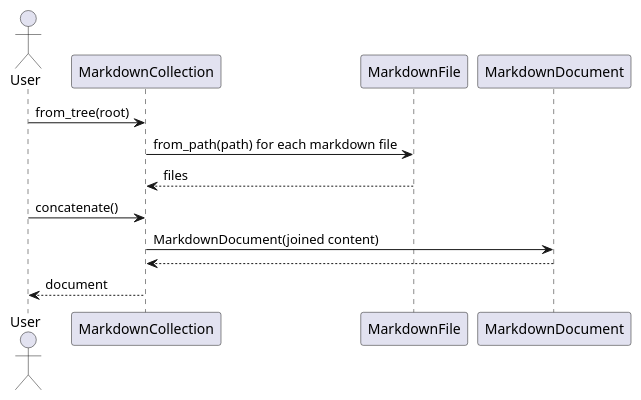
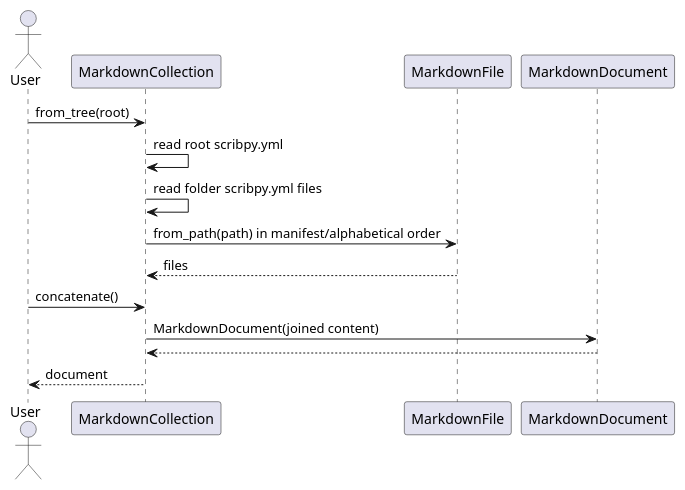
Before and after one commit to antoinebarre/scribpy: the fourth of 5 diagrams in doc/architecture-core.md, drawn with PlantUML. The commit also changed other lines of this file and 10 other files, not shown here.

````diff
--- a/doc/architecture-core.md
+++ b/doc/architecture-core.md
@@ -155,16 +194,18 @@
 ```plantuml
 @startuml
 actor User
 participant "MarkdownCollection" as Collection
 participant "MarkdownFile" as File
 participant "MarkdownDocument" as Document
 
 User -> Collection : from_tree(root)
-Collection -> File : from_path(path) for each markdown file
+Collection -> Collection : read root scribpy.yml
+Collection -> Collection : read folder scribpy.yml files
+Collection -> File : from_path(path) in manifest/alphabetical order
 File --> Collection : files
 User -> Collection : concatenate()
 Collection -> Document : MarkdownDocument(joined content)
 Document --> Collection
 Collection --> User : document
 @enduml
 ```
````
